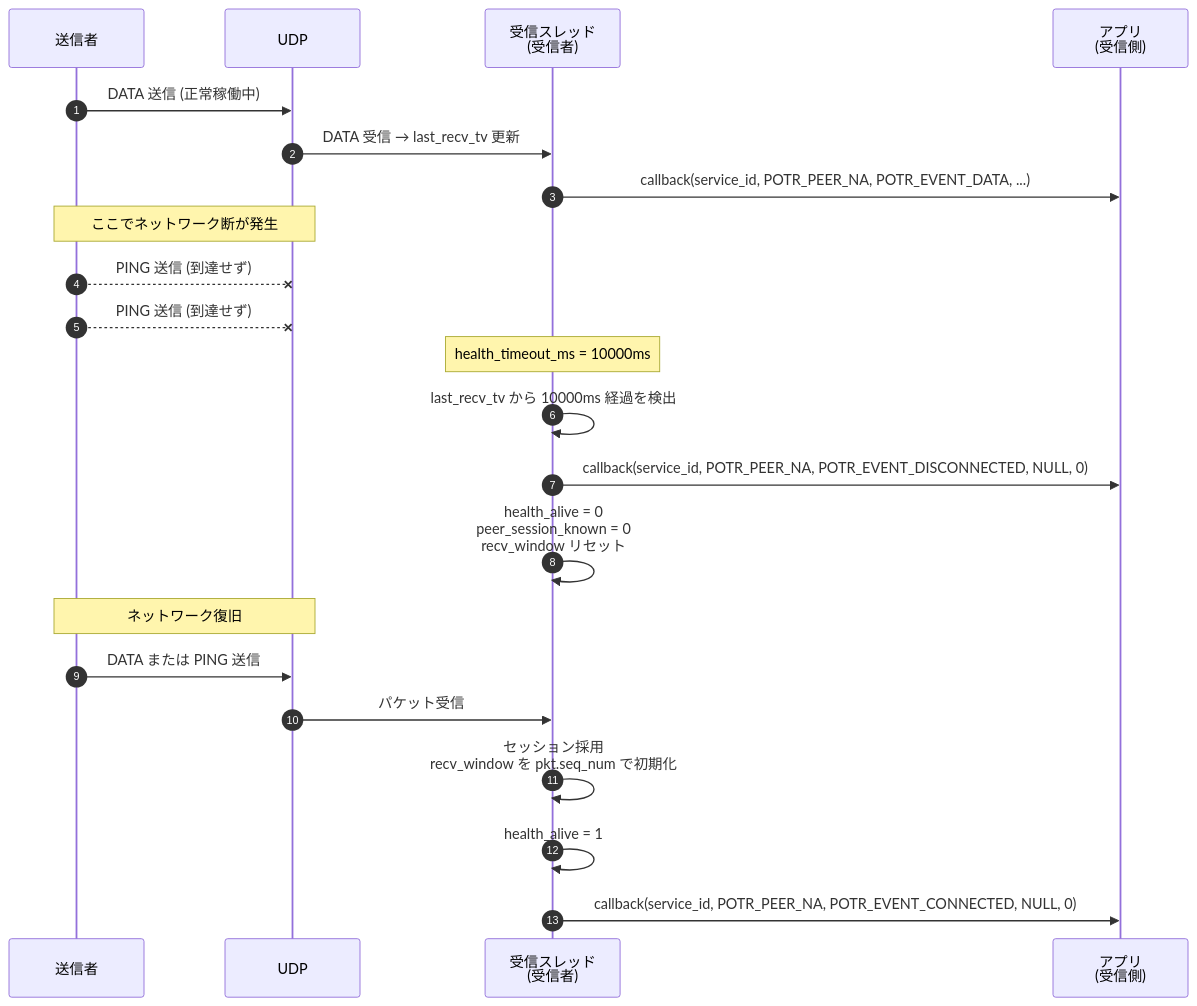
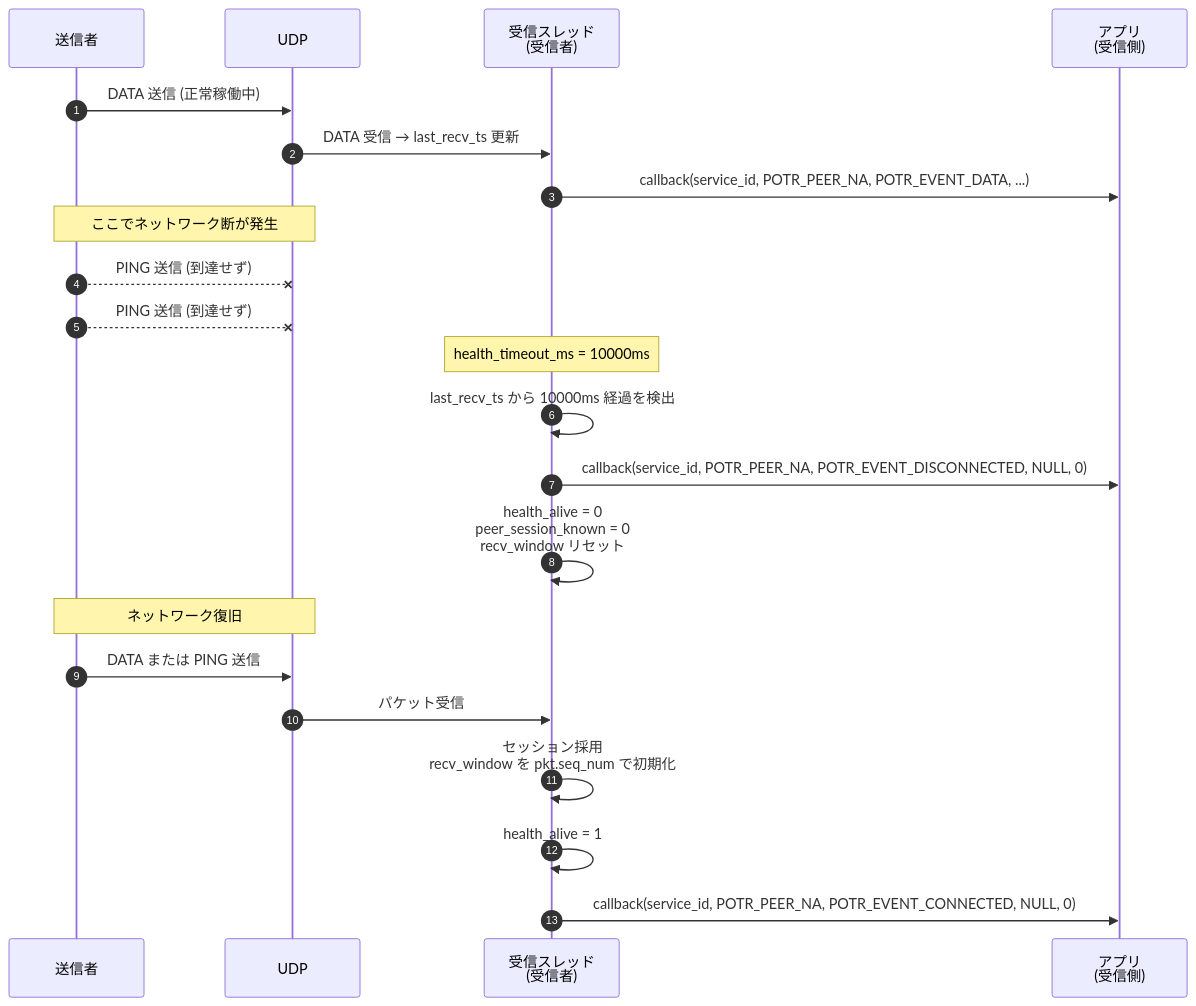
Before and after one commit to Hondarer/app_porter: the third of 3 diagrams in docs/sequence-health.md, drawn with Mermaid. The commit also changed other lines of this file and 58 other files, not shown here.

````diff
--- a/docs/sequence-health.md
+++ b/docs/sequence-health.md
@@ -83,33 +83,33 @@
 ```mermaid
 sequenceDiagram
     autonumber
     participant S as 送信者
     participant UDP as UDP
     participant RRT as 受信スレッド<br>(受信者)
     participant RAPP as アプリ<br>(受信側)
 
     S->>UDP: DATA 送信 (正常稼働中)
-    UDP->>RRT: DATA 受信 → last_recv_tv 更新
+    UDP->>RRT: DATA 受信 → last_recv_ts 更新
     RRT->>RAPP: callback(service_id, POTR_PEER_NA, POTR_EVENT_DATA, ...)
 
     Note over S, UDP: ここでネットワーク断が発生
 
     S--xUDP: PING 送信 (到達せず)
     S--xUDP: PING 送信 (到達せず)
 
     Note over RRT: health_timeout_ms = 10000ms
 
-    RRT->>RRT: last_recv_tv から 10000ms 経過を検出
+    RRT->>RRT: last_recv_ts から 10000ms 経過を検出
 
     RRT->>RAPP: callback(service_id, POTR_PEER_NA, POTR_EVENT_DISCONNECTED, NULL, 0)
     RRT->>RRT: health_alive = 0<br>peer_session_known = 0<br>recv_window リセット
 
     Note over S, UDP: ネットワーク復旧
 
     S->>UDP: DATA または PING 送信
     UDP->>RRT: パケット受信
     RRT->>RRT: セッション採用<br>recv_window を pkt.seq_num で初期化
     RRT->>RRT: health_alive = 1
 
     RRT->>RAPP: callback(service_id, POTR_PEER_NA, POTR_EVENT_CONNECTED, NULL, 0)
 ```
````
